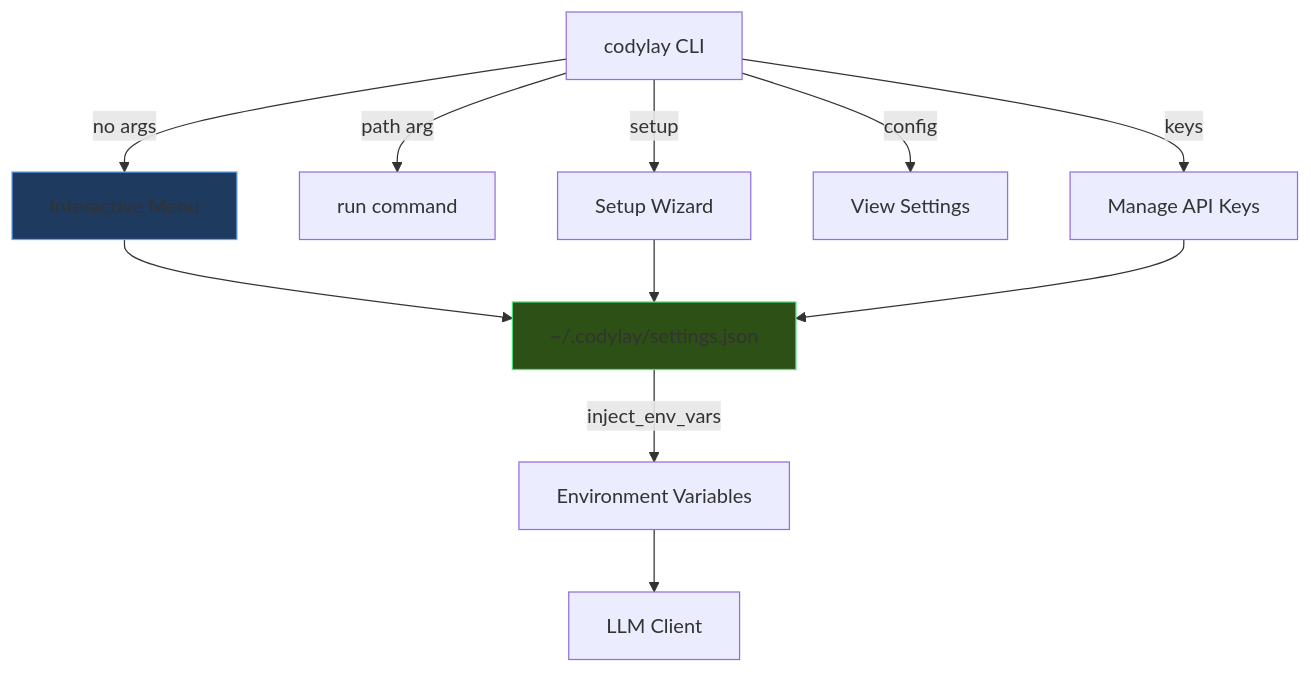
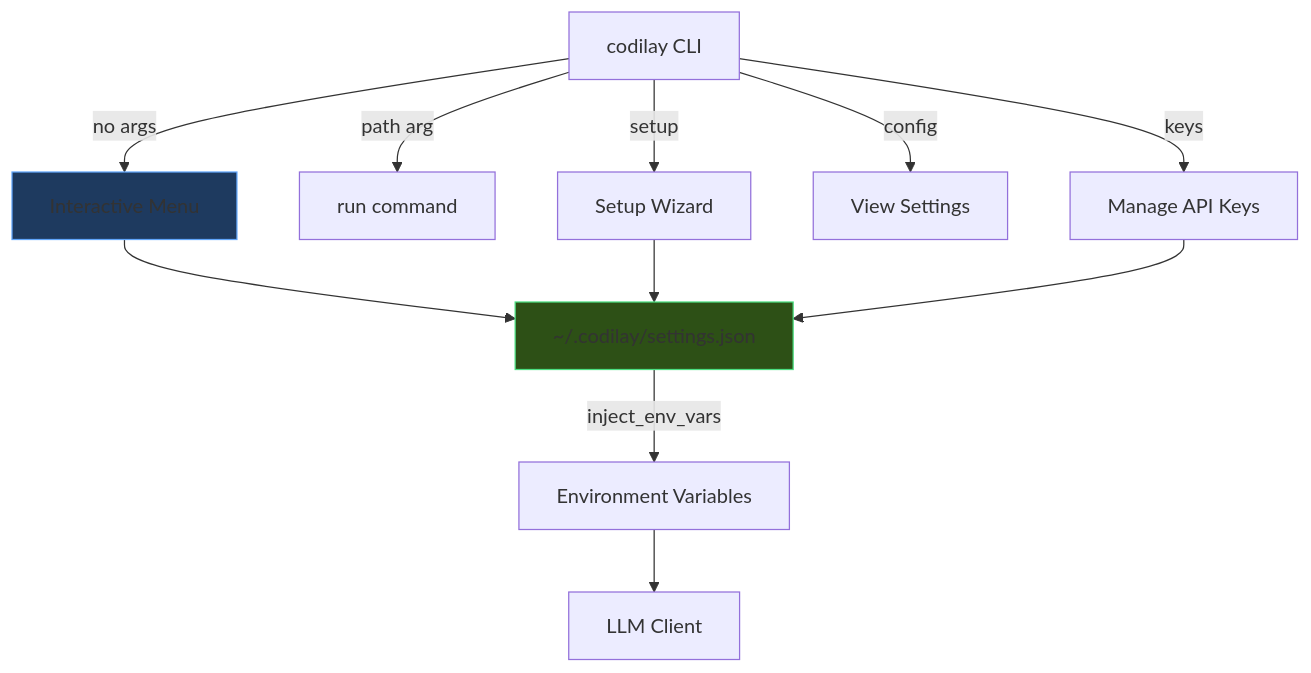
Before and after one commit to HarmanPreet-Singh-XYT/codilay: the diagram in persistent_settings_summary.md, drawn with Mermaid. The commit also changed other lines of this file and 38 other files, not shown here.

````diff
--- a/persistent_settings_summary.md
+++ b/persistent_settings_summary.md
@@ -75,18 +75,18 @@
 ```mermaid
 graph TD
-    A[codylay CLI] -->|no args| B[Interactive Menu]
+    A[codilay CLI] -->|no args| B[Interactive Menu]
     A -->|path arg| C[run command]
     A -->|setup| D[Setup Wizard]
     A -->|config| E[View Settings]
     A -->|keys| F[Manage API Keys]
     
-    B --> G[~/.codylay/settings.json]
+    B --> G[~/.codilay/settings.json]
     D --> G
     F --> G
     
     G -->|inject_env_vars| H[Environment Variables]
     H --> I[LLM Client]
     
     style G fill:#2d5016,stroke:#4ade80
     style B fill:#1e3a5f,stroke:#60a5fa
 ```
````
